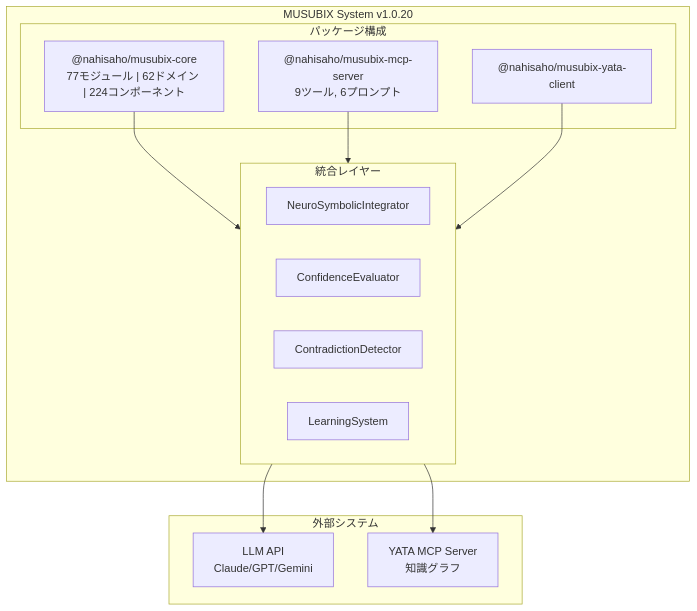
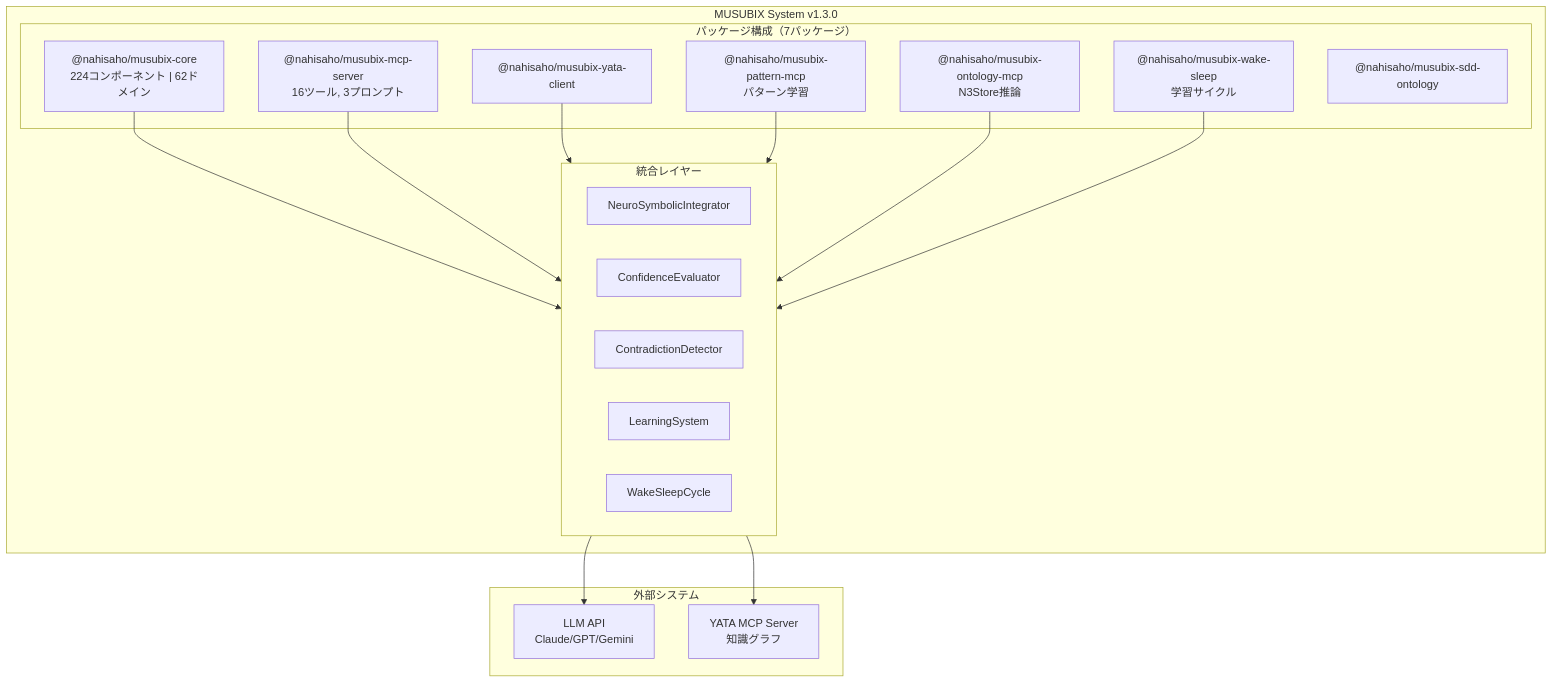
The ninth of 23 diagrams in docs/evolution-from-musubi-to-musubix.md (Takashi-So/MUSUBIX), drawn with Mermaid before and after one commit. The commit also changed other lines of this file and 91 other files, not shown here.

First line of the commit message:
feat: release v1.3.0 - Wake-Sleep learning cycle integration

````diff
--- a/docs/evolution-from-musubi-to-musubix.md
+++ b/docs/evolution-from-musubi-to-musubix.md
@@ -343,29 +343,37 @@
 ```mermaid
 flowchart TB
-    subgraph MUSUBIX["MUSUBIX System v1.0.20"]
-        subgraph Packages["パッケージ構成"]
-            Core["@nahisaho/musubix-core<br/>77モジュール | 62ドメイン | 224コンポーネント"]
-            MCP["@nahisaho/musubix-mcp-server<br/>9ツール, 6プロンプト"]
+    subgraph MUSUBIX["MUSUBIX System v1.3.0"]
+        subgraph Packages["パッケージ構成（7パッケージ）"]
+            Core["@nahisaho/musubix-core<br/>224コンポーネント | 62ドメイン"]
+            MCP["@nahisaho/musubix-mcp-server<br/>16ツール, 3プロンプト"]
             YATA_Client["@nahisaho/musubix-yata-client"]
+            PatternMCP["@nahisaho/musubix-pattern-mcp<br/>パターン学習"]
+            OntologyMCP["@nahisaho/musubix-ontology-mcp<br/>N3Store推論"]
+            WakeSleep["@nahisaho/musubix-wake-sleep<br/>学習サイクル"]
+            SDDOntology["@nahisaho/musubix-sdd-ontology"]
         end
         
         subgraph Integration["統合レイヤー"]
             NSI["NeuroSymbolicIntegrator"]
             CE["ConfidenceEvaluator"]
             CD["ContradictionDetector"]
             LS["LearningSystem"]
+            WS["WakeSleepCycle"]
         end
         
         Core --> Integration
         MCP --> Integration
         YATA_Client --> Integration
+        PatternMCP --> Integration
+        OntologyMCP --> Integration
+        WakeSleep --> Integration
     end
     
     subgraph External["外部システム"]
         LLM["LLM API<br/>Claude/GPT/Gemini"]
         YATA_Server["YATA MCP Server<br/>知識グラフ"]
     end
     
     Integration --> LLM
     Integration --> YATA_Server
 ```
````
